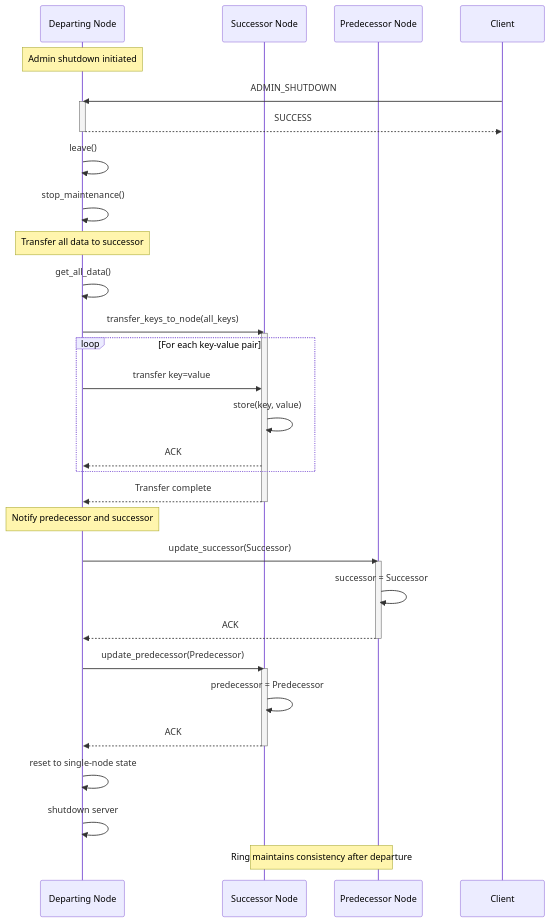
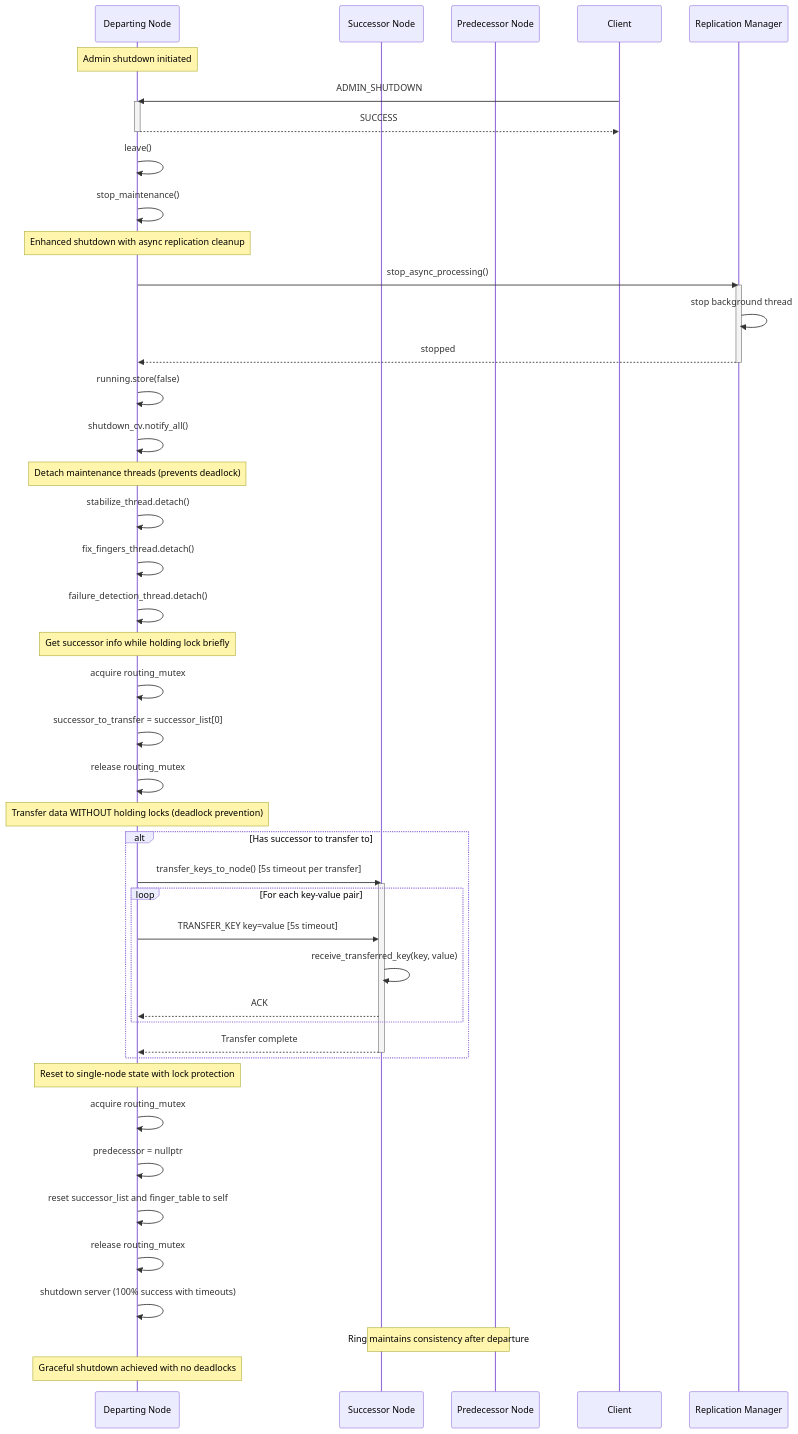
One commit to ryogrid/FunnelKVS-CPP changed the seventh of 7 diagrams in CHORD_COMMUNICATION_SEQUENCE.md. Above: the diagram before and after it, drawn with Mermaid. The commit also changed other lines of this file and 3 other files, not shown here.

````diff
--- a/CHORD_COMMUNICATION_SEQUENCE.md
+++ b/CHORD_COMMUNICATION_SEQUENCE.md
@@ -334,48 +373,63 @@
 ```mermaid
 sequenceDiagram
     participant DepartingNode as Departing Node
     participant Successor as Successor Node
     participant Predecessor as Predecessor Node
     participant Client as Client
+    participant ReplicationManager as Replication Manager
 
     Note over DepartingNode: Admin shutdown initiated
     Client->>DepartingNode: ADMIN_SHUTDOWN
     activate DepartingNode
     DepartingNode-->>Client: SUCCESS
     deactivate DepartingNode
     
     DepartingNode->>DepartingNode: leave()
     DepartingNode->>DepartingNode: stop_maintenance()
     
-    Note over DepartingNode: Transfer all data to successor
-    DepartingNode->>DepartingNode: get_all_data()
-    DepartingNode->>Successor: transfer_keys_to_node(all_keys)
-    activate Successor
+    Note over DepartingNode: Enhanced shutdown with async replication cleanup
+    DepartingNode->>ReplicationManager: stop_async_processing()
+    activate ReplicationManager
+    ReplicationManager->>ReplicationManager: stop background thread
+    ReplicationManager-->>DepartingNode: stopped
+    deactivate ReplicationManager
     
-    loop For each key-value pair
-        DepartingNode->>Successor: transfer key=value
-        Successor->>Successor: store(key, value)
-        Successor-->>DepartingNode: ACK
+    DepartingNode->>DepartingNode: running.store(false)
+    DepartingNode->>DepartingNode: shutdown_cv.notify_all()
+    
+    Note over DepartingNode: Detach maintenance threads (prevents deadlock)
+    DepartingNode->>DepartingNode: stabilize_thread.detach()
+    DepartingNode->>DepartingNode: fix_fingers_thread.detach() 
+    DepartingNode->>DepartingNode: failure_detection_thread.detach()
+    
+    Note over DepartingNode: Get successor info while holding lock briefly
+    DepartingNode->>DepartingNode: acquire routing_mutex
+    DepartingNode->>DepartingNode: successor_to_transfer = successor_list[0]
+    DepartingNode->>DepartingNode: release routing_mutex
+    
+    Note over DepartingNode: Transfer data WITHOUT holding locks (deadlock prevention)
+    alt Has successor to transfer to
+        DepartingNode->>Successor: transfer_keys_to_node() [5s timeout per transfer]
+        activate Successor
+        
+        loop For each key-value pair
+            DepartingNode->>Successor: TRANSFER_KEY key=value [5s timeout]
+            Successor->>Successor: receive_transferred_key(key, value)
+            Successor-->>DepartingNode: ACK
+        end
+        
+        Successor-->>DepartingNode: Transfer complete
+        deactivate Successor
     end
     
-    Successor-->>DepartingNode: Transfer complete
-    deactivate Successor
+    Note over DepartingNode: Reset to single-node state with lock protection
+    DepartingNode->>DepartingNode: acquire routing_mutex
+    DepartingNode->>DepartingNode: predecessor = nullptr
+    DepartingNode->>DepartingNode: reset successor_list and finger_table to self
+    DepartingNode->>DepartingNode: release routing_mutex
     
-    Note over DepartingNode: Notify predecessor and successor
-    DepartingNode->>Predecessor: update_successor(Successor)
-    activate Predecessor
-    Predecessor->>Predecessor: successor = Successor
-    Predecessor-->>DepartingNode: ACK
-    deactivate Predecessor
-    
-    DepartingNode->>Successor: update_predecessor(Predecessor)
-    activate Successor
-    Successor->>Successor: predecessor = Predecessor
-    Successor-->>DepartingNode: ACK
-    deactivate Successor
-    
-    DepartingNode->>DepartingNode: reset to single-node state
-    DepartingNode->>DepartingNode: shutdown server
+    DepartingNode->>DepartingNode: shutdown server (100% success with timeouts)
     
     Note over Predecessor, Successor: Ring maintains consistency after departure
+    Note over DepartingNode: Graceful shutdown achieved with no deadlocks
 ```
````
